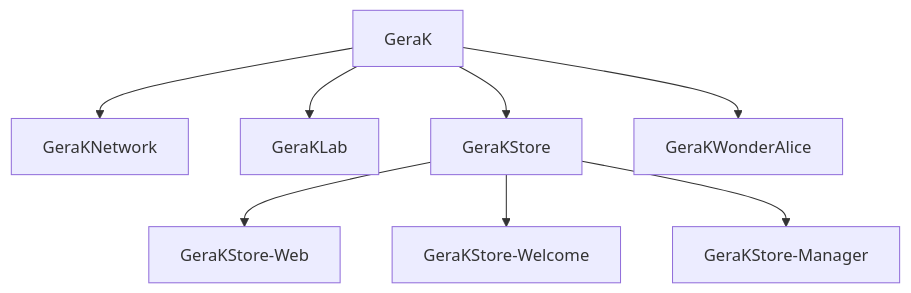
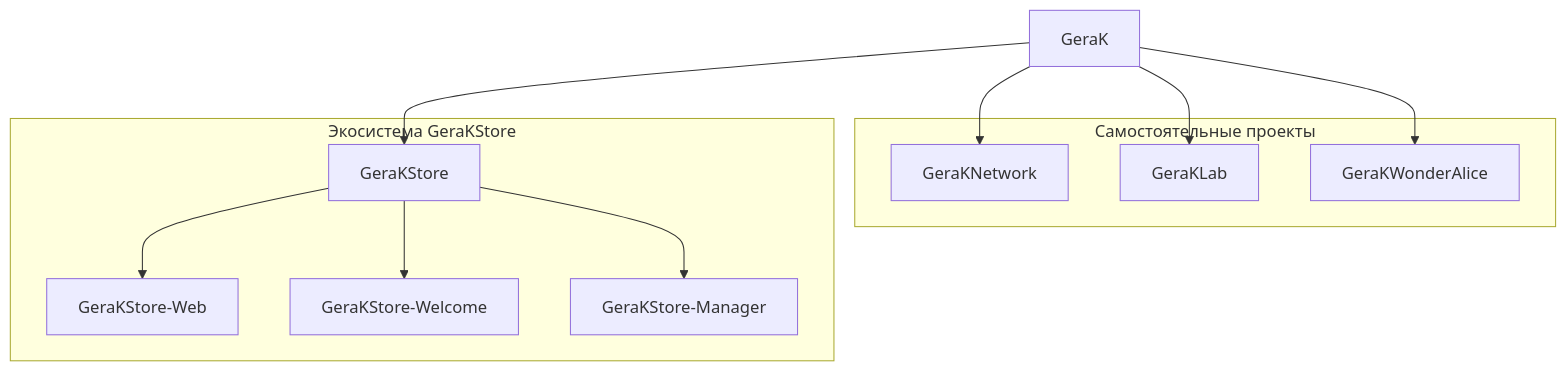
The diagram in ЭКОСИСТЕМА.md (gkuhtov/GeraKProtocol), drawn with Mermaid before and after one commit. The commit also changed other lines of this file, not shown here.

Commit message:
Расширена карта экосистемы GeraK

````diff
--- a/ЭКОСИСТЕМА.md
+++ b/ЭКОСИСТЕМА.md
@@ -12,19 +18,26 @@
-~~~mermaid
-flowchart TD
+```mermaid
+flowchart TB
     G["GeraK"]
-    N["GeraKNetwork"]
-    L["GeraKLab"]
-    S["GeraKStore"]
-    A["GeraKWonderAlice"]
-    W["GeraKStore-Web"]
-    H["GeraKStore-Welcome"]
-    M["GeraKStore-Manager"]
+
+    subgraph S1["Самостоятельные проекты"]
+        N["GeraKNetwork"]
+        L["GeraKLab"]
+        A["GeraKWonderAlice"]
+    end
+
+    subgraph S2["Экосистема GeraKStore"]
+        S["GeraKStore"]
+        W["GeraKStore-Web"]
+        H["GeraKStore-Welcome"]
+        M["GeraKStore-Manager"]
+    end
 
     G --> N
     G --> L
     G --> S
     G --> A
+
     S --> W
     S --> H
     S --> M
-~~~
+```
````
